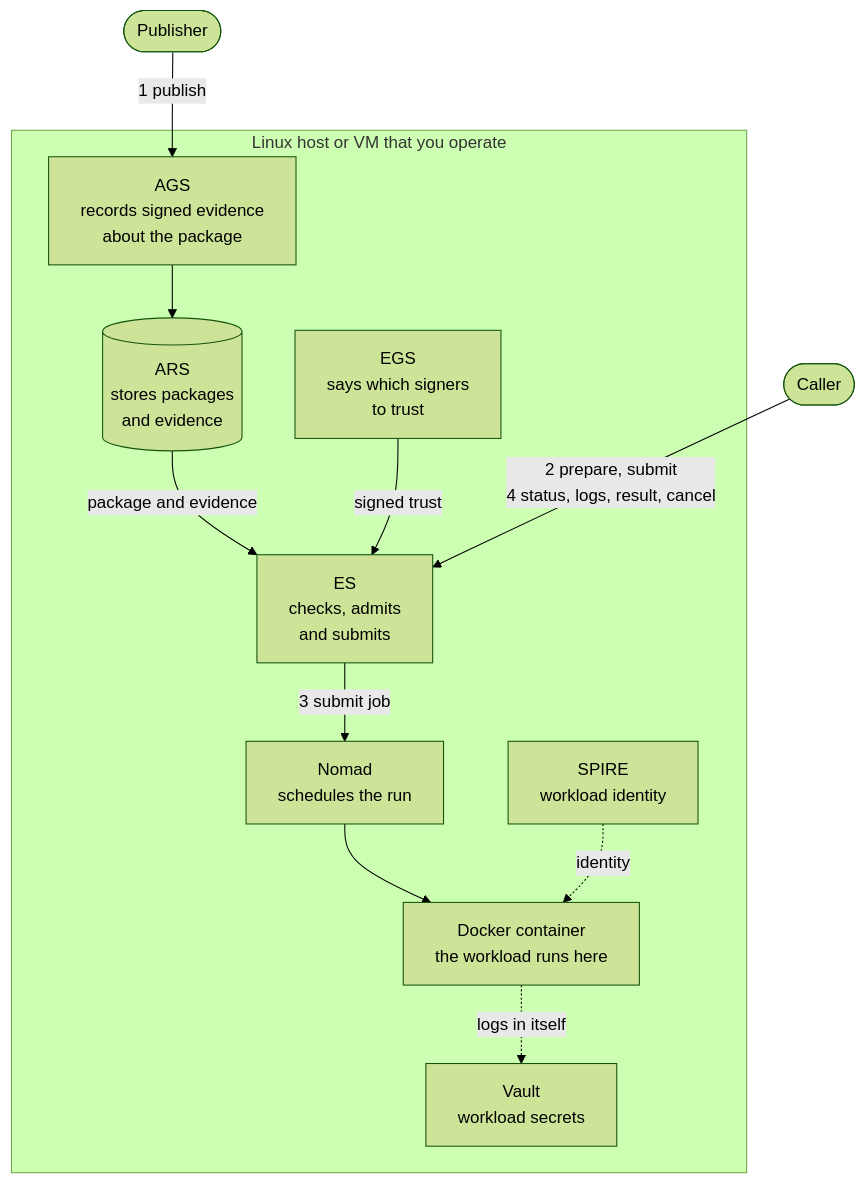
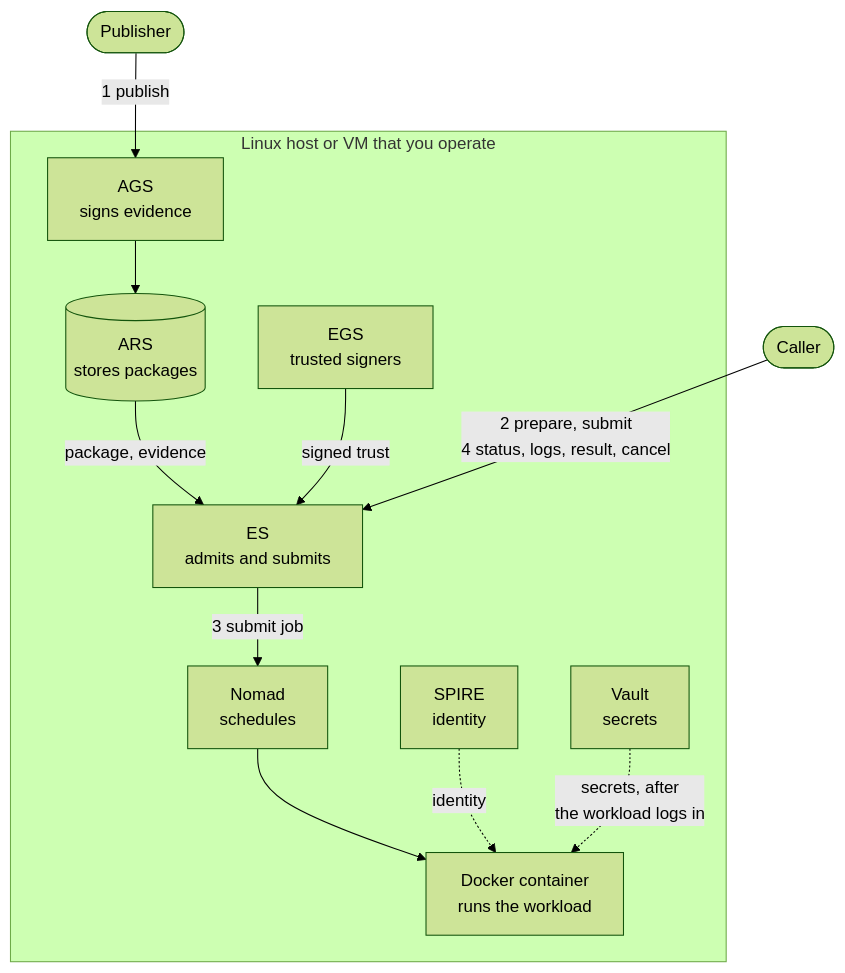
The diagram in README.md (evo-agi/Execution-Substrate), drawn with Mermaid (forest theme) before and after one commit.

Commit message:
Make the README diagram shorter
On GitHub the first version of the diagram was about 1,300 pixels tall
at the README's width. Shorter node labels, and SPIRE and Vault drawn as
sources that feed the workload's container, bring it to six rows.

Claude-Session: https://claude.ai/code/session_01BtwdQtcsFe2nGMfu6MssQM

````diff
--- a/README.md
+++ b/README.md
@@ -14,26 +14,26 @@
 ```mermaid
 flowchart TD
     Publisher(["Publisher"])
     Caller(["Caller"])
 
     subgraph Host["Linux host or VM that you operate"]
-        AGS["AGS<br/>records signed evidence<br/>about the package"]
-        ARS[("ARS<br/>stores packages<br/>and evidence")]
-        EGS["EGS<br/>says which signers<br/>to trust"]
-        ES["ES<br/>checks, admits<br/>and submits"]
-        Nomad["Nomad<br/>schedules the run"]
-        Task["Docker container<br/>the workload runs here"]
-        SPIRE["SPIRE<br/>workload identity"]
-        Vault["Vault<br/>workload secrets"]
+        AGS["AGS<br/>signs evidence"]
+        ARS[("ARS<br/>stores packages")]
+        EGS["EGS<br/>trusted signers"]
+        ES["ES<br/>admits and submits"]
+        Nomad["Nomad<br/>schedules"]
+        SPIRE["SPIRE<br/>identity"]
+        Vault["Vault<br/>secrets"]
+        Task["Docker container<br/>runs the workload"]
     end
 
     Publisher -->|"1 publish"| AGS
     AGS --> ARS
-    ARS -->|"package and evidence"| ES
+    ARS -->|"package, evidence"| ES
     EGS -->|"signed trust"| ES
     Caller -->|"2 prepare, submit<br/>4 status, logs, result, cancel"| ES
     ES -->|"3 submit job"| Nomad
     Nomad --> Task
     SPIRE -.->|"identity"| Task
-    Task -.->|"logs in itself"| Vault
+    Vault -.->|"secrets, after<br/>the workload logs in"| Task
 ```
````
